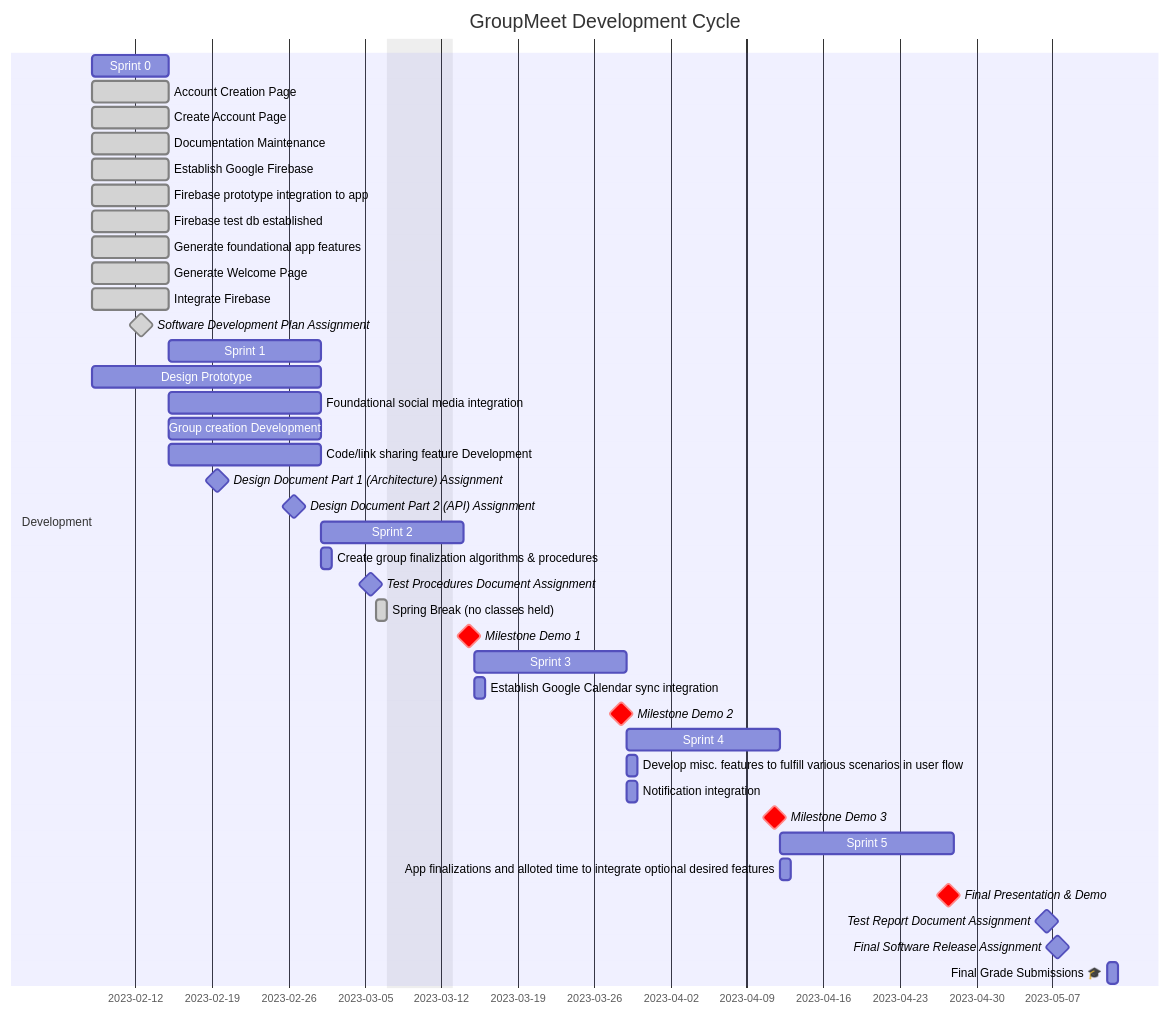
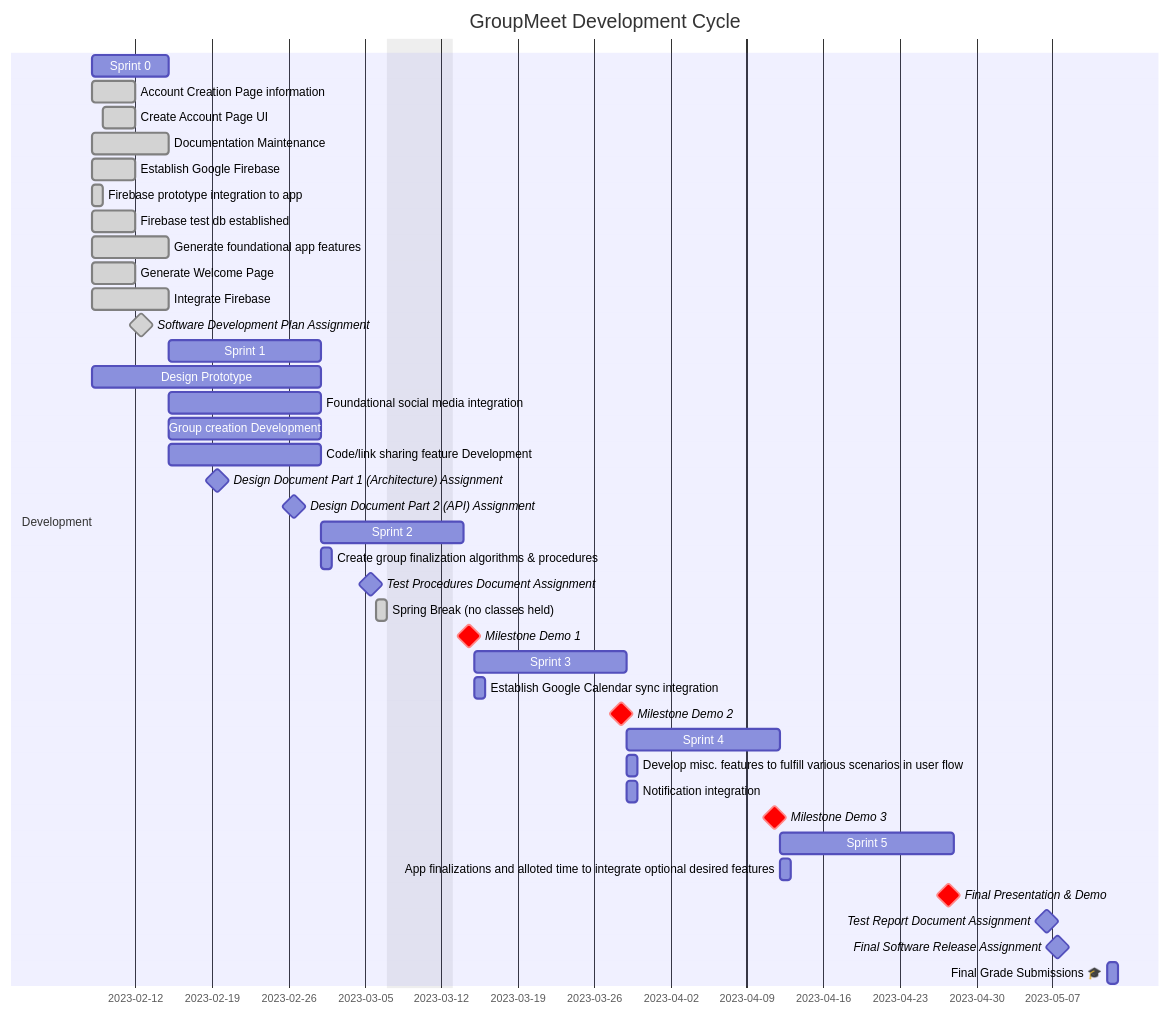
Before and after one commit to Capstone-Projects-2023-Spring/project-groupmeet: the diagram in documentation/docs/development-plan/schedule.md, drawn with Mermaid.

```diff
--- a/documentation/docs/development-plan/schedule.md
+++ b/documentation/docs/development-plan/schedule.md
@@ -12,21 +12,21 @@
         section Development 
          Sprint 0: , 2023-02-08, 1w
         section Development 
-         Account Creation Page:  done, 2023-02-08, 1w
+         Account Creation Page information:  done, 2023-02-08, 4d
         section Development 
-         Create Account Page:  done, 2023-02-08, 1w
+         Create Account Page UI:  done, 2023-02-09, 3d
         section Development 
          Documentation Maintenance:  done, 2023-02-08, 1w
         section Development 
-         Establish Google Firebase:  done, 2023-02-08, 1w
+         Establish Google Firebase:  done, 2023-02-08, 4d
         section Development 
-         Firebase prototype integration to app:  done, 2023-02-08, 1w
+         Firebase prototype integration to app:  done, 2023-02-08, 1d
         section Development 
-         Firebase test db established:  done, 2023-02-08, 1w
+         Firebase test db established:  done, 2023-02-08,4d
         section Development 
          Generate foundational app features:  done, 2023-02-08, 1w
         section Development 
-         Generate Welcome Page:  done, 2023-02-08, 1w
+         Generate Welcome Page:  done, 2023-02-08, 4d
         section Development 
          Integrate Firebase:  done, 2023-02-08, 1w
         section Development 
```
